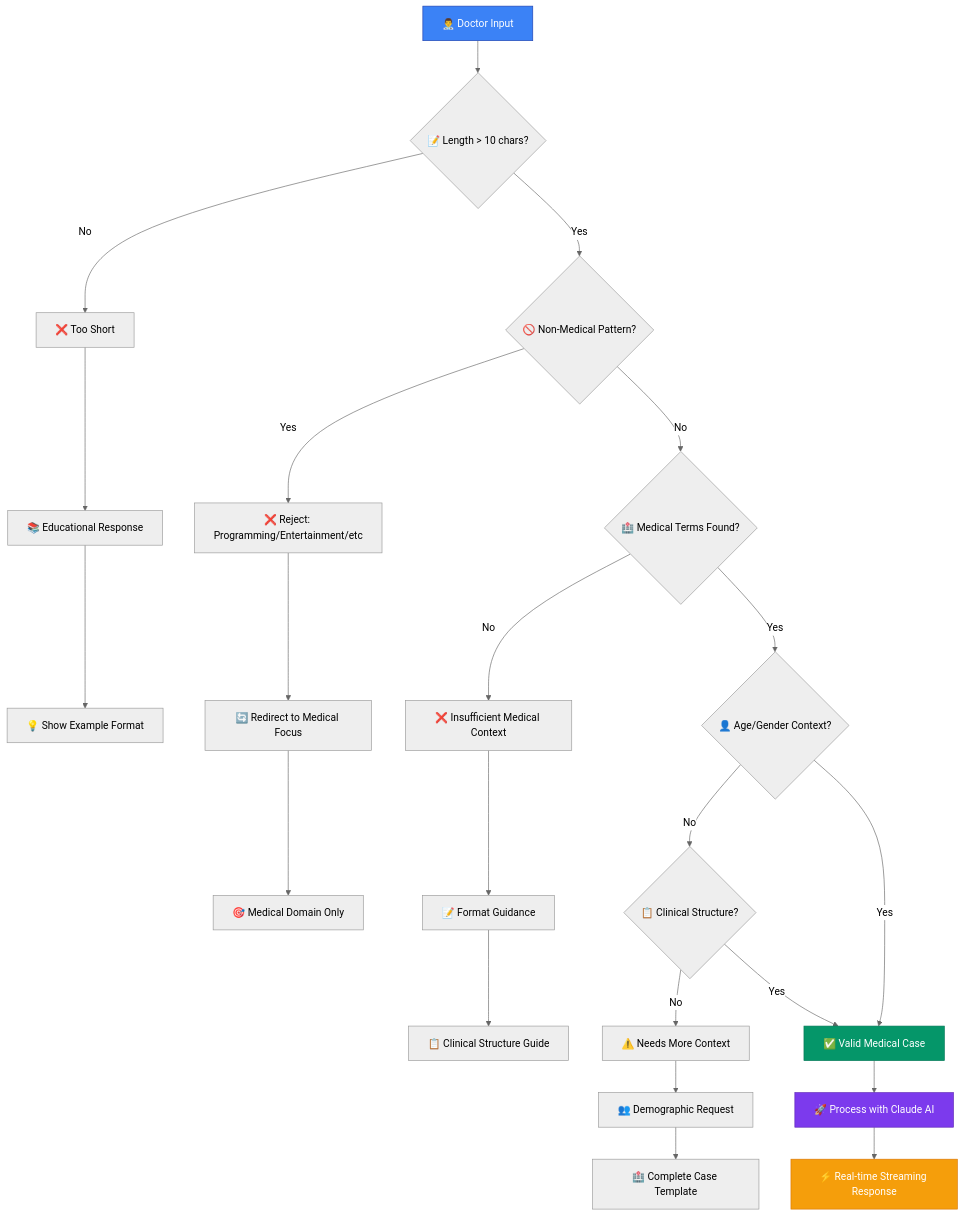
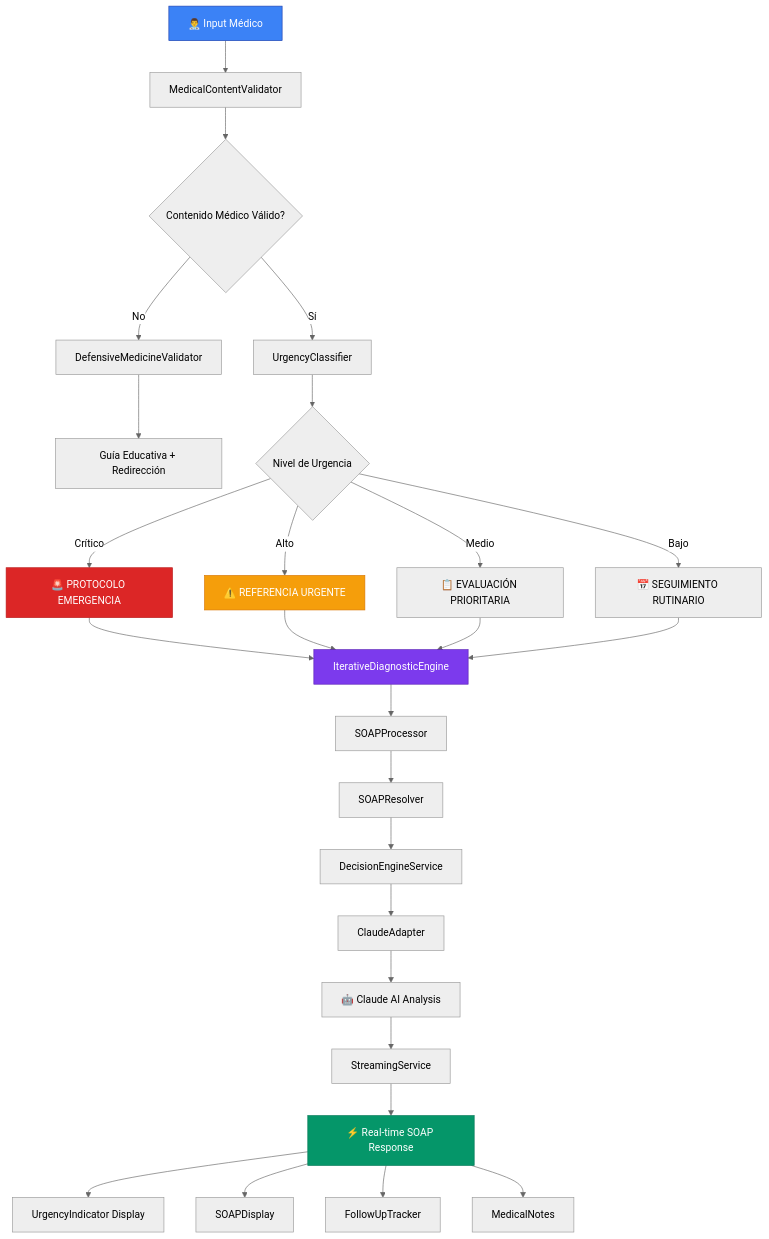
One commit to BernardUriza/redux-claude changed the second of 4 diagrams in README.md. Above: the diagram before and after it, drawn with Mermaid (neutral theme). The commit also changed other lines of this file and 9 other files, not shown here.

````diff
--- a/README.md
+++ b/README.md
@@ -163,35 +174,41 @@
 ```mermaid
 flowchart TD
-    A[👨‍⚕️ Doctor Input] --> B{📝 Length > 10 chars?}
-    B -->|No| C[❌ Too Short]
-    B -->|Yes| D{🚫 Non-Medical Pattern?}
+    A[👨‍⚕️ Input Médico] --> B[MedicalContentValidator]
+    B --> C{Contenido Médico Válido?}
     
-    D -->|Yes| E[❌ Reject: Programming/Entertainment/etc]
-    D -->|No| F{🏥 Medical Terms Found?}
+    C -->|No| D[DefensiveMedicineValidator]
+    D --> E[Guía Educativa + Redirección]
     
-    F -->|No| G[❌ Insufficient Medical Context]
-    F -->|Yes| H{👤 Age/Gender Context?}
+    C -->|Sí| F[UrgencyClassifier]
+    F --> G{Nivel de Urgencia}
     
-    H -->|No| I{📋 Clinical Structure?}
-    H -->|Yes| J[✅ Valid Medical Case]
+    G -->|Crítico| H[🚨 PROTOCOLO EMERGENCIA]
+    G -->|Alto| I[⚠️ REFERENCIA URGENTE]
+    G -->|Medio| J[📋 EVALUACIÓN PRIORITARIA]
+    G -->|Bajo| K[📅 SEGUIMIENTO RUTINARIO]
     
-    I -->|No| K[⚠️ Needs More Context]
-    I -->|Yes| J
+    H --> L[IterativeDiagnosticEngine]
+    I --> L
+    J --> L
+    K --> L
     
-    C --> L[📚 Educational Response]
-    E --> M[🔄 Redirect to Medical Focus]
-    G --> N[📝 Format Guidance]
-    K --> O[👥 Demographic Request]
-    J --> P[🚀 Process with Claude AI]
+    L --> M[SOAPProcessor]
+    M --> N[SOAPResolver]
+    N --> O[DecisionEngineService]
     
-    L --> Q[💡 Show Example Format]
-    M --> R[🎯 Medical Domain Only]
-    N --> S[📋 Clinical Structure Guide]
-    O --> T[🏥 Complete Case Template]
-    P --> U[⚡ Real-time Streaming Response]
+    O --> P[ClaudeAdapter]
+    P --> Q[🤖 Claude AI Analysis]
+    Q --> R[StreamingService]
+    R --> S[⚡ Real-time SOAP Response]
+    
+    S --> T[UrgencyIndicator Display]
+    S --> U[SOAPDisplay]
+    S --> V[FollowUpTracker]
+    S --> W[MedicalNotes]
     
     style A fill:#3b82f6,stroke:#1e40af,color:#fff
-    style J fill:#059669,stroke:#047857,color:#fff
-    style P fill:#7c3aed,stroke:#5b21b6,color:#fff
-    style U fill:#f59e0b,stroke:#d97706,color:#fff
+    style H fill:#dc2626,stroke:#b91c1c,color:#fff
+    style I fill:#f59e0b,stroke:#d97706,color:#fff
+    style L fill:#7c3aed,stroke:#5b21b6,color:#fff
+    style S fill:#059669,stroke:#047857,color:#fff
 ```
````
